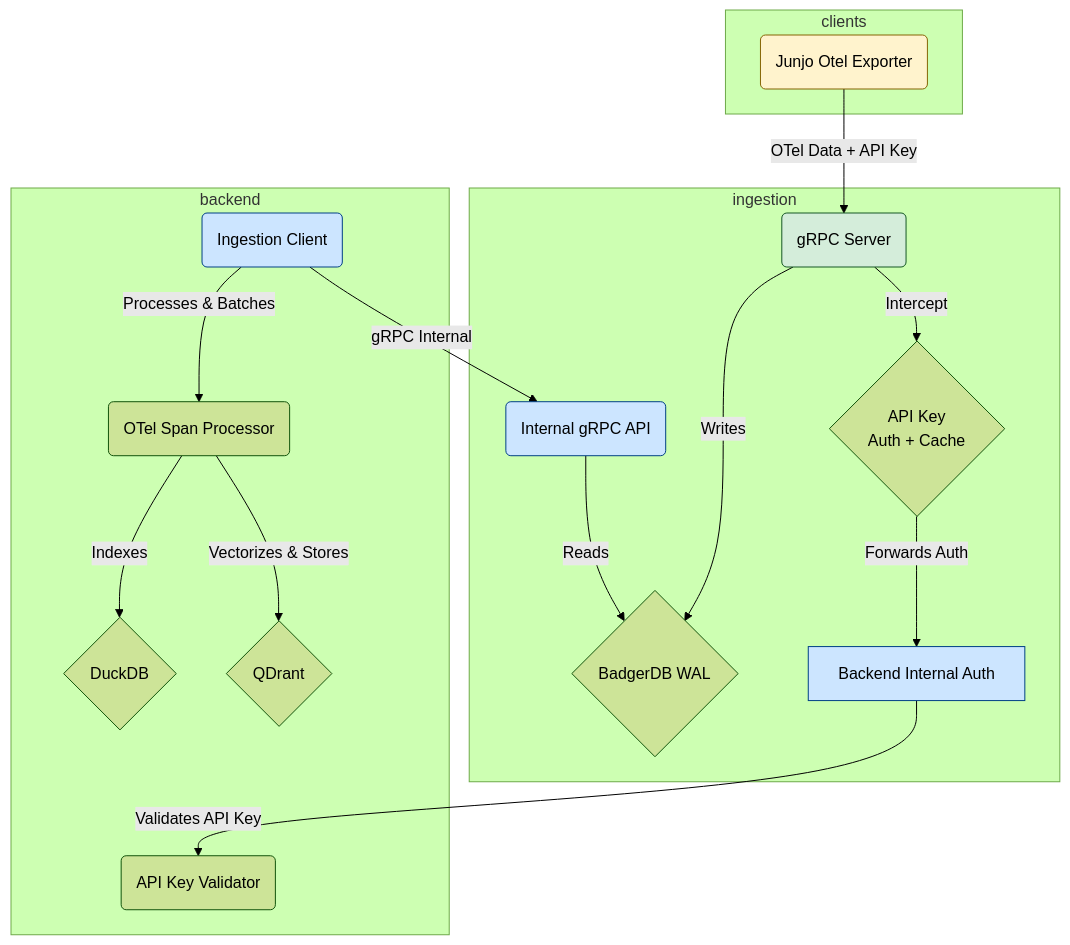
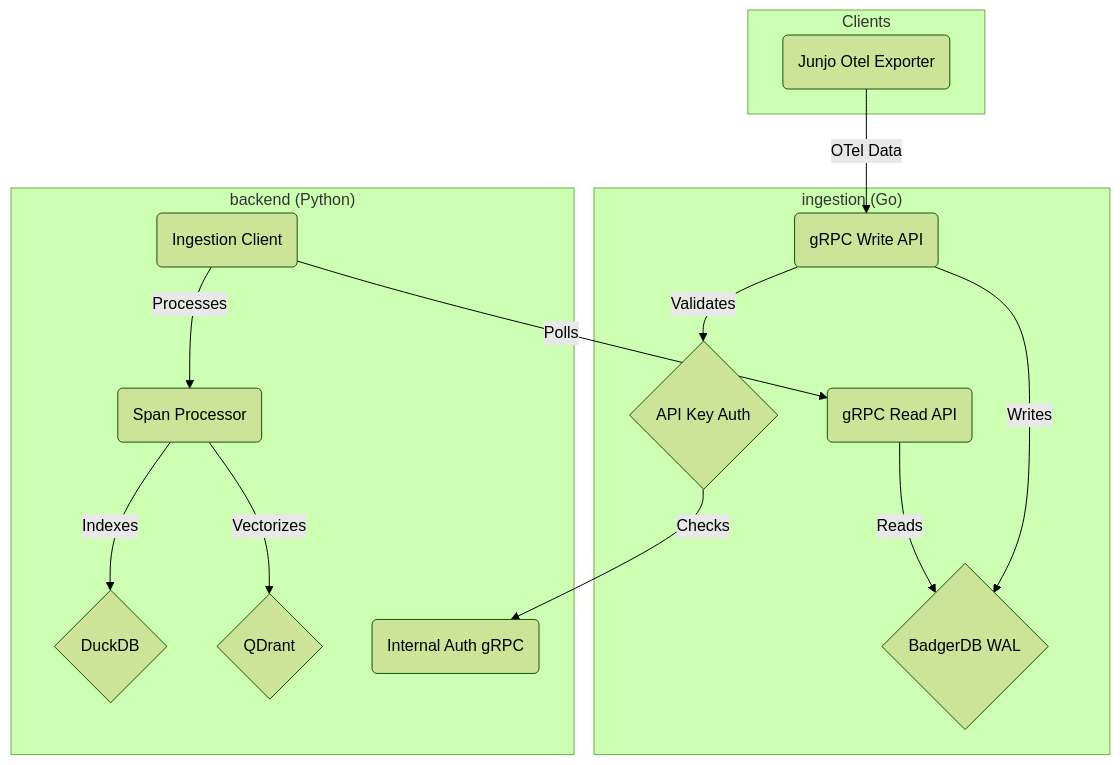
Before and after one commit to mdrideout/junjo-ai-studio: the first of 2 diagrams in AGENTS.md, drawn with Mermaid (forest theme). The commit also changed other lines of this file and 19 other files, not shown here.

````diff
--- a/AGENTS.md
+++ b/AGENTS.md
@@ -17,36 +46,28 @@
 ```mermaid
 flowchart TD
- subgraph s1["ingestion"]
-        B{"BadgerDB WAL"}
-        C("Internal gRPC API")
-        A("gRPC Server")
-        IN{"API Key<br>Auth + Cache"}
-        J["Backend Internal Auth"]
+ subgraph ingestion["ingestion (Go)"]
+        WAL{"BadgerDB WAL"}
+        ReadAPI("gRPC Read API")
+        WriteAPI("gRPC Write API")
+        APIKeyAuth{"API Key Auth"}
   end
- subgraph backend["backend"]
-        D("Ingestion Client")
-        E("OTel Span Processor")
-        F{"DuckDB"}
-        H{"QDrant"}
-        K("API Key Validator")
+ subgraph backend["backend (Python)"]
+        IngestionClient("Ingestion Client")
+        Processor("Span Processor")
+        DuckDB{"DuckDB"}
+        QDrant{"QDrant"}
+        InternalAuth("Internal Auth gRPC")
   end
- subgraph clients["clients"]
-        G("Junjo Otel Exporter")
+ subgraph clients["Clients"]
+        Exporter("Junjo Otel Exporter")
   end
-    C -- Reads --> B
-    A -- Writes --> B
-    A -- Intercept --> IN
-    IN -- Forwards Auth --> J
-    D -- gRPC Internal --> C
-    D -- Processes & Batches --> E
-    E -- Indexes --> F
-    E -- Vectorizes & Stores --> H
-    J -- Validates API Key --> K
-    G -- OTel Data + API Key --> A
-
-    style C fill:#cce5ff,stroke:#004085
-    style A fill:#d4edda,stroke:#155724
-    style J fill:#cce5ff,stroke:#004085
-    style D fill:#cce5ff,stroke:#004085
-    style G fill:#fff3cd,stroke:#856404
+    ReadAPI -- Reads --> WAL
+    WriteAPI -- Writes --> WAL
+    WriteAPI -- Validates --> APIKeyAuth
+    APIKeyAuth -- Checks --> InternalAuth
+    IngestionClient -- Polls --> ReadAPI
+    IngestionClient -- Processes --> Processor
+    Processor -- Indexes --> DuckDB
+    Processor -- Vectorizes --> QDrant
+    Exporter -- OTel Data --> WriteAPI
 ```
````
